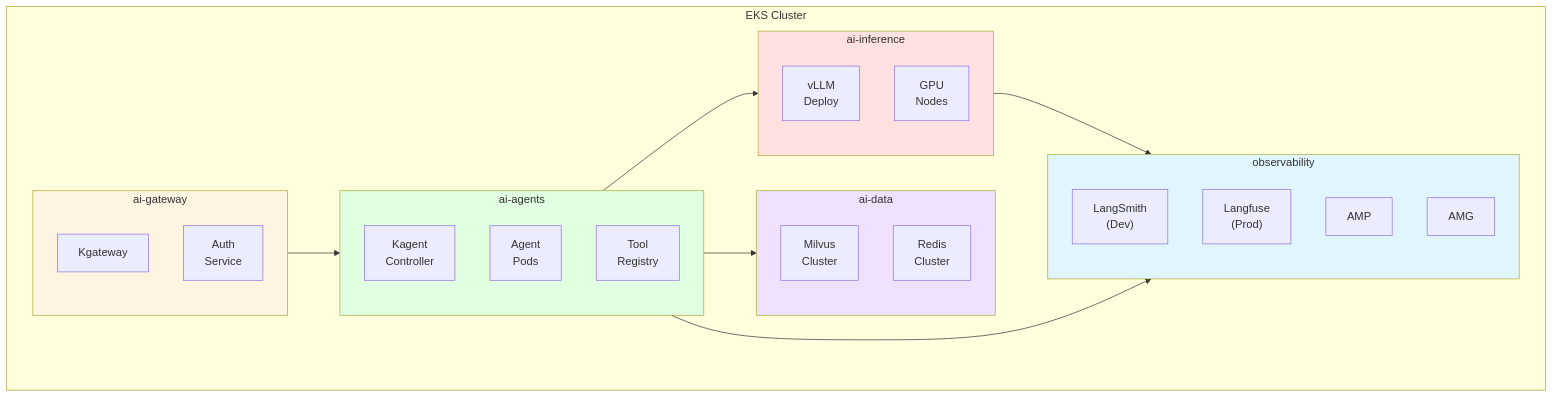
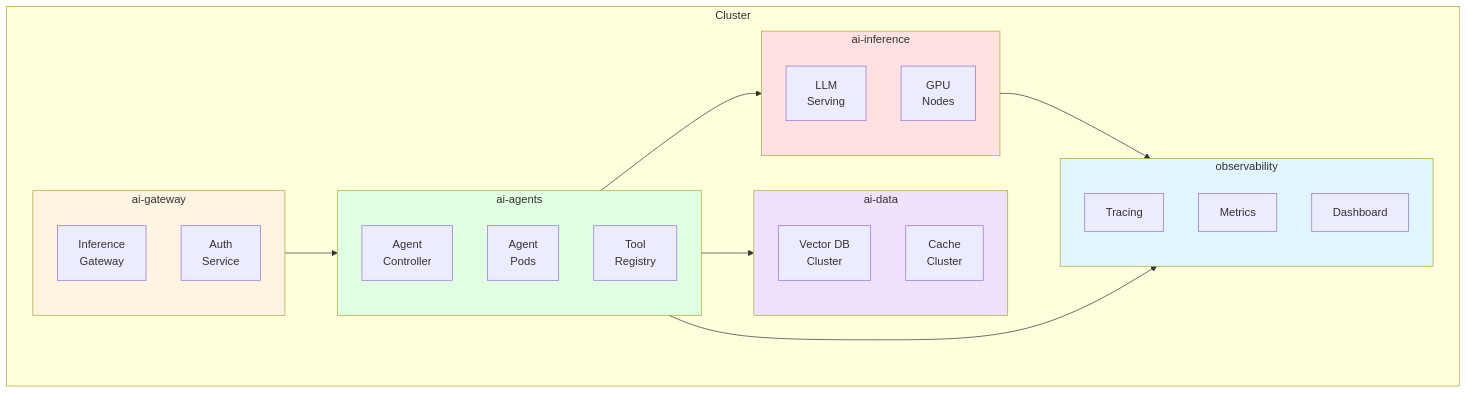
The fifth of 9 diagrams in docs/agentic-ai-platform/design-architecture/agentic-platform-architecture.md (devfloor9/engineering-playbook), drawn with Mermaid before and after one commit. The commit also changed other lines of this file and 6 other files, not shown here.

First line of the commit message:
refactor: design-architecture 문서 흐름 재구성 + 콘텐츠 재배치

````diff
--- a/docs/agentic-ai-platform/design-architecture/agentic-platform-architecture.md
+++ b/docs/agentic-ai-platform/design-architecture/agentic-platform-architecture.md
@@ -506,44 +278,43 @@
 ```mermaid
 flowchart TD
-    subgraph Cluster["EKS Cluster"]
+    subgraph Cluster["Cluster"]
         subgraph NSGateway["ai-gateway"]
-            GW["Kgateway"]
+            GW["Inference<br/>Gateway"]
             AUTH["Auth<br/>Service"]
         end
 
         subgraph NSAgents["ai-agents"]
-            KAGENT["Kagent<br/>Controller"]
+            CTRL["Agent<br/>Controller"]
             AGENTS["Agent<br/>Pods"]
             TOOLS["Tool<br/>Registry"]
         end
 
         subgraph NSInference["ai-inference"]
-            VLLM["vLLM<br/>Deploy"]
+            LLM["LLM<br/>Serving"]
             GPU["GPU<br/>Nodes"]
         end
 
         subgraph NSData["ai-data"]
-            MILVUS["Milvus<br/>Cluster"]
-            REDIS["Redis<br/>Cluster"]
+            VECTOR["Vector DB<br/>Cluster"]
+            REDIS["Cache<br/>Cluster"]
         end
 
         subgraph NSObs["observability"]
-            LANGSMITH2["LangSmith<br/>(Dev)"]
-            LANGFUSE2["Langfuse<br/>(Prod)"]
-            AMP["AMP"]
-            AMG["AMG"]
+            TRACE["Tracing"]
+            METRICS["Metrics"]
+            DASHBOARD["Dashboard"]
         end
     end
 
     NSGateway --> NSAgents
     NSAgents --> NSInference
     NSAgents --> NSData
     NSInference --> NSObs
     NSAgents --> NSObs
 
     style NSGateway fill:#fff4e1
     style NSAgents fill:#e1ffe1
     style NSInference fill:#ffe1e1
     style NSData fill:#f0e1ff
     style NSObs fill:#e1f5ff
 ```
````
